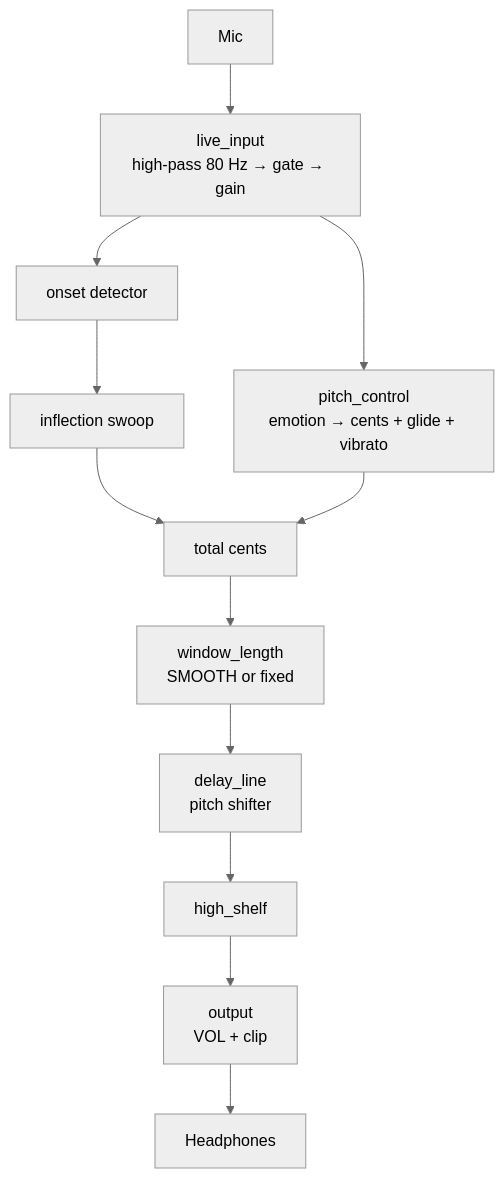
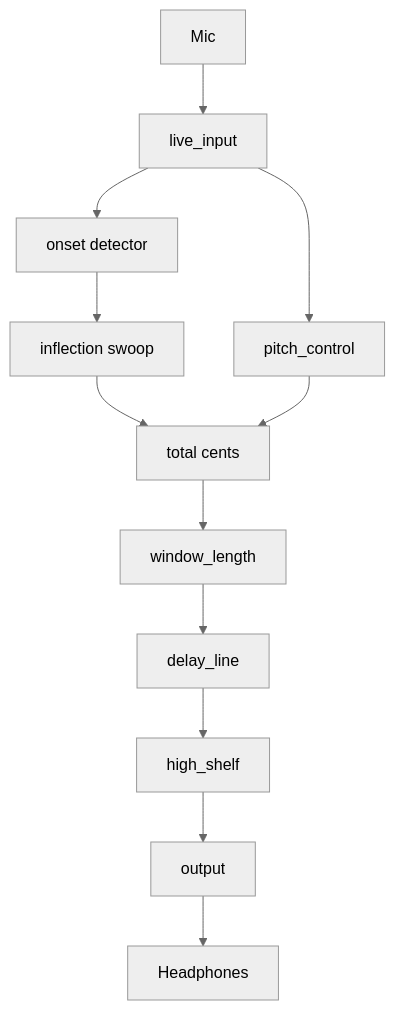
One commit to nitre/vocal-emotion-feedback changed the diagram in README.md. Above: the diagram before and after it, drawn with Mermaid (neutral theme).

````diff
--- a/README.md
+++ b/README.md
@@ -43,14 +43,14 @@
 ```mermaid
 flowchart TD
-    A[Mic] --> B[live_input<br/>high-pass 80 Hz → gate → gain]
+    A[Mic] --> B[live_input]
     B --> C[onset detector]
-    B --> D[pitch_control<br/>emotion → cents + glide + vibrato]
+    B --> D[pitch_control]
     C --> E[inflection swoop]
     E --> F[total cents]
     D --> F
-    F --> G[window_length<br/>SMOOTH or fixed]
-    G --> H[delay_line<br/>pitch shifter]
+    F --> G[window_length]
+    G --> H[delay_line]
     H --> I[high_shelf]
-    I --> J[output<br/>VOL + clip]
+    I --> J[output]
     J --> K[Headphones]
 ```
````
